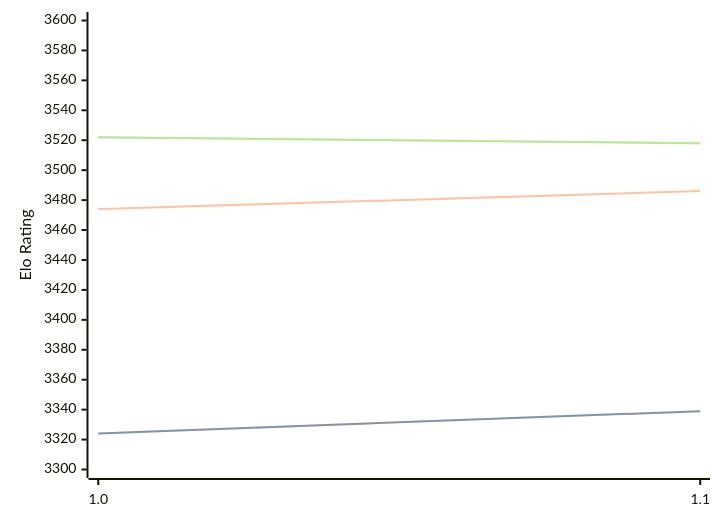
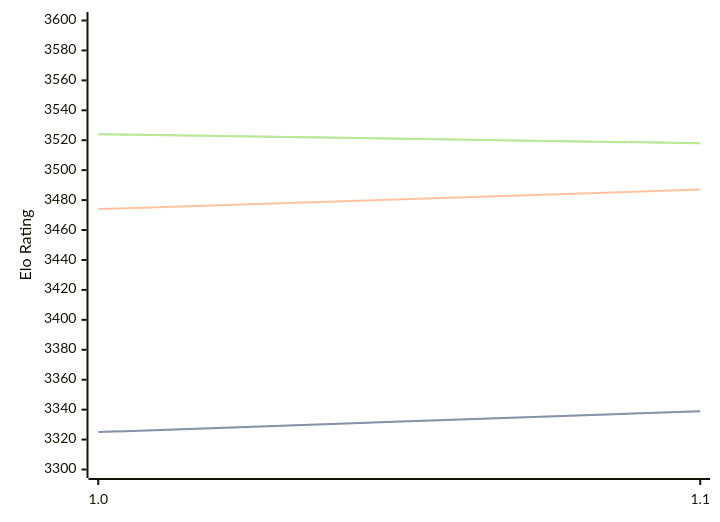
One commit to computer-chess-index/cci changed the diagram in engines/Horsie.md. Above: the diagram before and after it, drawn with Mermaid. The commit also changed other lines of this file, not shown here.

Commit message:
Update CCI Ratings (ELO VLTC) - 2026-07-24

````diff
--- a/engines/Horsie.md
+++ b/engines/Horsie.md
@@ -32,11 +32,11 @@
 ```mermaid
 %%{init: {"theme":"base","themeVariables":{"seriesColors:['#a3a3a3','#222221','#faa371']}}}%%
 xychart-beta
   x-axis ["1.0", "1.1"]
   y-axis "Elo Rating" 3300 --> 3600
-  line "STC (8.0+0.08s)" [3324, 3339]
-  line "STC (8.0+0.08s)" [3324, 3339]
-  line "LTC (60.0+0.60s)" [3474, 3486]
-  line "VLTC (2m24s+1.12s)" [3522, 3518]
-  line "VLTC (2m24s+1.12s)" [3522, 3518]
+  line "STC (8.0+0.08s)" [3325, 3339]
+  line "STC (8.0+0.08s)" [3325, 3339]
+  line "LTC (60.0+0.60s)" [3474, 3487]
+  line "VLTC (2m24s+1.12s)" [3524, 3518]
+  line "VLTC (2m24s+1.12s)" [3524, 3518]
 ```
````
